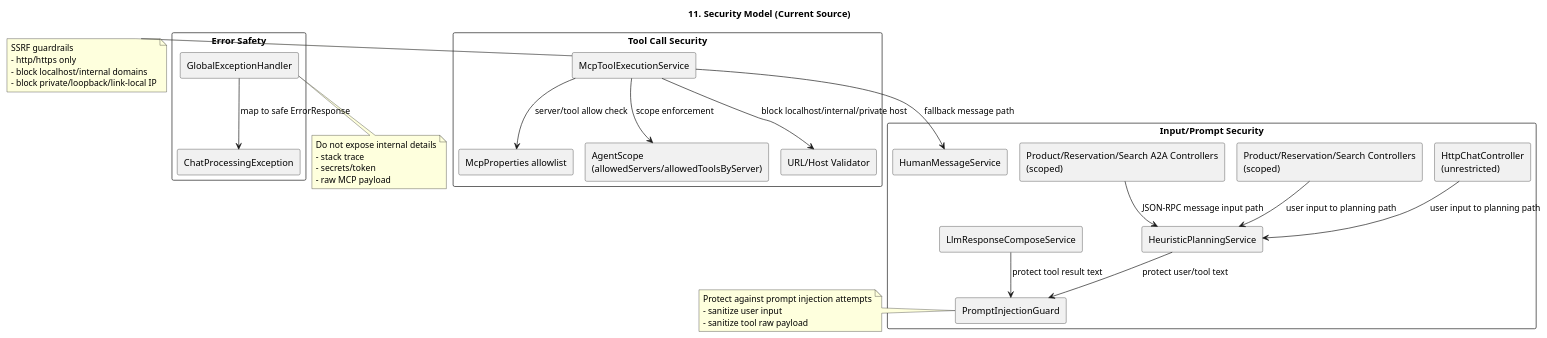
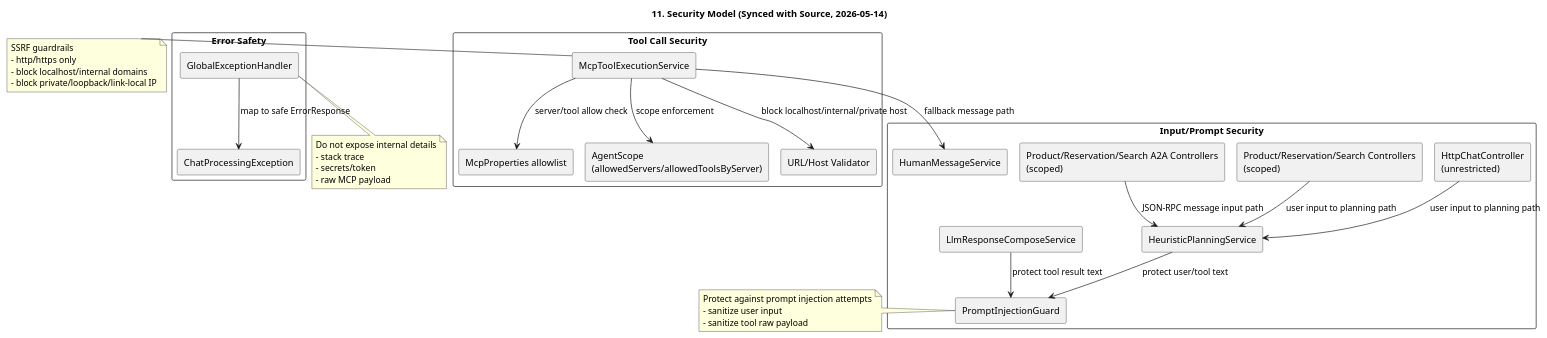
The diagram in documents/mcp-orchestrator-architecture/11-security-model.puml (kim57uak/spring-ai), drawn with PlantUML before and after one commit. The commit also changed 139 other files, not shown here.

```diff
--- a/documents/mcp-orchestrator-architecture/11-security-model.puml
+++ b/documents/mcp-orchestrator-architecture/11-security-model.puml
@@ -1,61 +1,61 @@
 @startuml
 !pragma layout smetana
-title 11. Security Model (Current Source)
+title 11. Security Model (Synced with Source, 2026-05-14)
 
 skinparam shadowing false
 skinparam componentStyle rectangle
 
 rectangle "Input/Prompt Security" {
   [HttpChatController\n(unrestricted)] as HttpController
   [Product/Reservation/Search Controllers\n(scoped)] as ScopedControllers
   [Product/Reservation/Search A2A Controllers\n(scoped)] as A2AControllers
   [HeuristicPlanningService] as Planner
   [LlmResponseComposeService] as Composer
   [PromptInjectionGuard] as PromptGuard
   [HumanMessageService] as HumanMsg
 }
 
 rectangle "Tool Call Security" {
   [McpToolExecutionService] as ToolExec
   [McpProperties allowlist] as AllowList
   [AgentScope\n(allowedServers/allowedToolsByServer)] as AgentScope
   [URL/Host Validator] as UrlValidator
 }
 
 rectangle "Error Safety" {
   [GlobalExceptionHandler] as ErrorHandler
   [ChatProcessingException] as ChatException
 }
 
 HttpController --> Planner : user input to planning path
 ScopedControllers --> Planner : user input to planning path
 A2AControllers --> Planner : JSON-RPC message input path
 Planner --> PromptGuard : protect user/tool text
 Composer --> PromptGuard : protect tool result text
 ToolExec --> AllowList : server/tool allow check
 ToolExec --> AgentScope : scope enforcement
 ToolExec --> UrlValidator : block localhost/internal/private host
 ToolExec --> HumanMsg : fallback message path
 ErrorHandler --> ChatException : map to safe ErrorResponse
 
 note right of PromptGuard
 Protect against prompt injection attempts
 - sanitize user input
 - sanitize tool raw payload
 end note
 
 note right of ToolExec
 SSRF guardrails
 - http/https only
 - block localhost/internal domains
 - block private/loopback/link-local IP
 end note
 
 note bottom of ErrorHandler
 Do not expose internal details
 - stack trace
 - secrets/token
 - raw MCP payload
 end note
 
 @enduml
```
